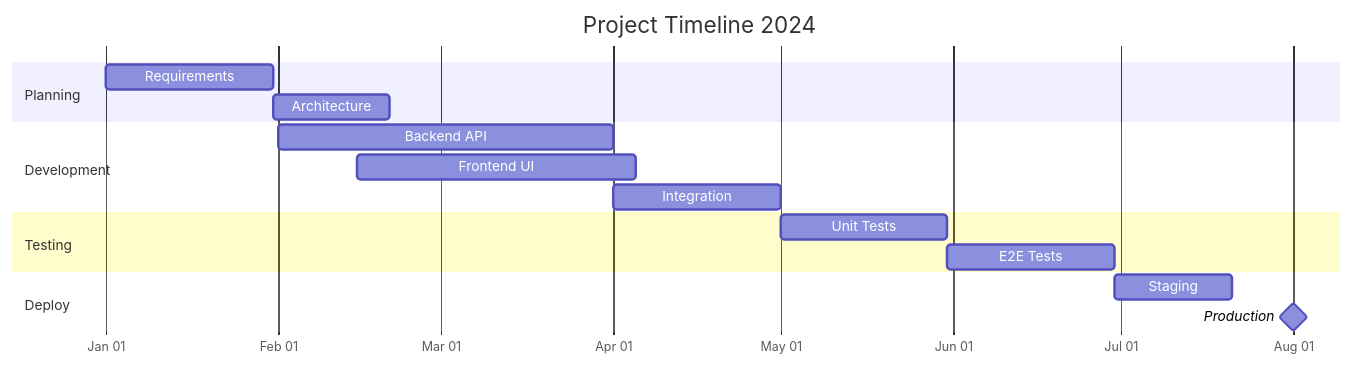
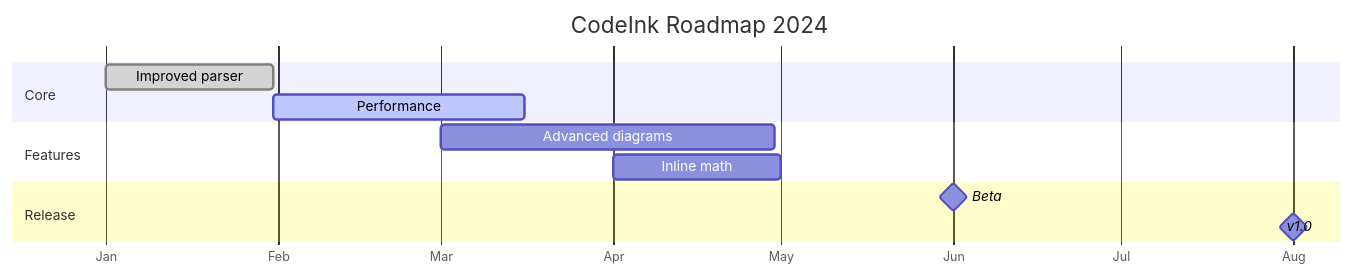
Before and after one commit to jorgefl8/CodeInk: the fourth of 5 diagrams in src/lib/default-markdown.md, drawn with Mermaid. The commit also changed other lines of this file, not shown here.

````diff
--- a/src/lib/default-markdown.md
+++ b/src/lib/default-markdown.md
@@ -220,24 +208,18 @@
 ```mermaid
 gantt
-    title Project Timeline 2024
+    title CodeInk Roadmap 2024
     dateFormat YYYY-MM-DD
-    axisFormat %b %d
-    tickInterval 1month
-    
-    section Planning
-        Requirements   :a1, 2024-01-01, 30d
-        Architecture   :a2, after a1, 21d
-    
-    section Development
-        Backend API    :a3, 2024-02-01, 60d
-        Frontend UI    :a4, 2024-02-15, 50d
-        Integration    :a5, after a3, 30d
-        
-    section Testing
-        Unit Tests     :a6, 2024-05-01, 30d
-        E2E Tests      :a7, after a6, 30d
-        
-    section Deploy
-        Staging        :a8, after a7, 21d
-        Production     :milestone, 2024-08-01, 0d
+    axisFormat %b
+
+    section Core
+    Improved parser      :done, a1, 2024-01-01, 30d
+    Performance          :active, a2, after a1, 45d
+
+    section Features
+    Advanced diagrams    :a3, 2024-03-01, 60d
+    Inline math          :a4, 2024-04-01, 30d
+
+    section Release
+    Beta                 :milestone, 2024-06-01, 0d
+    v1.0                 :milestone, 2024-08-01, 0d
 ```
````
